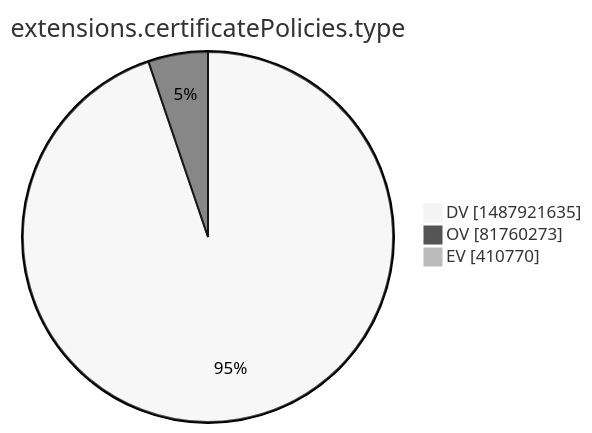
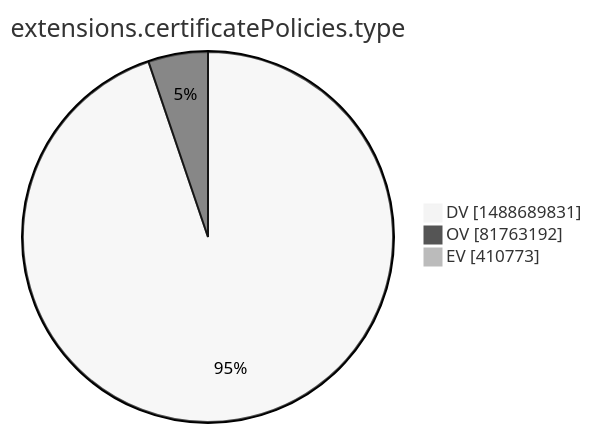
One commit to christiankrug/ctmonitor_visualization changed the tenth of 15 diagrams in xenon2022/README.md. Above: the diagram before and after it, drawn with Mermaid (neutral theme). The commit also changed other lines of this file, not shown here.

````diff
--- a/xenon2022/README.md
+++ b/xenon2022/README.md
@@ -2873,7 +2873,7 @@
 ```mermaid
 pie showData
 title extensions.certificatePolicies.type
-"DV" :1487921635
-"OV" :81760273
-"EV" :410770
+"DV" :1488689831
+"OV" :81763192
+"EV" :410773
 ```
````
